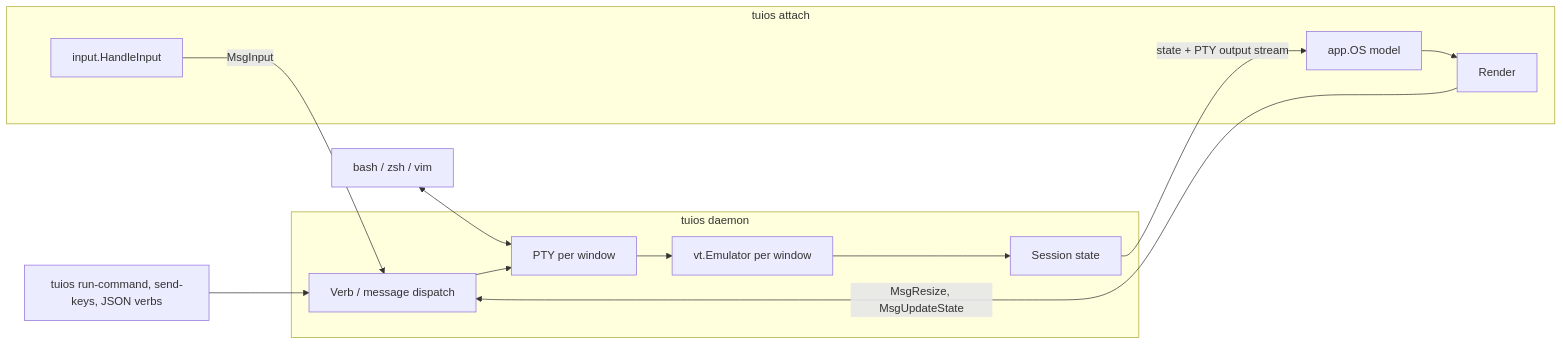
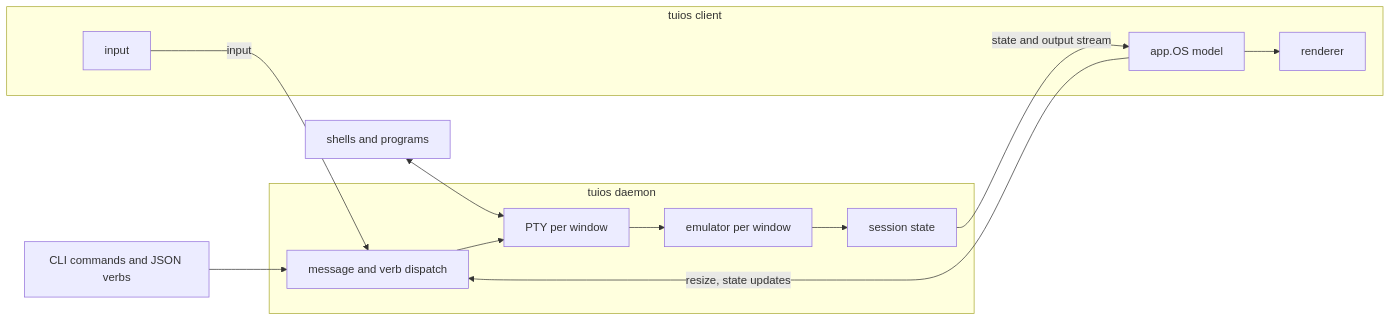
The first of 2 diagrams in content/docs/architecture.mdx (Gaurav-Gosain/tuios-docs), drawn with Mermaid before and after one commit. The commit also changed other lines of this file, not shown here.

First line of the commit message:
docs: update the architecture page

````diff
--- a/content/docs/architecture.mdx
+++ b/content/docs/architecture.mdx
@@ -63,26 +64,26 @@
 ```mermaid
 graph LR
-    subgraph Client["tuios attach"]
-        IN[input.HandleInput]
+    subgraph Client["tuios client"]
+        IN[input]
         MODEL[app.OS model]
-        VIEW[Render]
+        VIEW[renderer]
     end
 
     subgraph Daemon["tuios daemon"]
-        DISP[Verb / message dispatch]
-        STATE[Session state]
-        VT[vt.Emulator per window]
+        DISP[message and verb dispatch]
+        STATE[session state]
+        VT[emulator per window]
         PTY[PTY per window]
     end
 
-    IN -->|MsgInput| DISP
+    IN -->|input| DISP
     DISP --> PTY
     PTY --> VT
     VT --> STATE
-    STATE -->|state + PTY output stream| MODEL
+    STATE -->|state and output stream| MODEL
     MODEL --> VIEW
-    VIEW -->|MsgResize, MsgUpdateState| DISP
+    MODEL -->|resize, state updates| DISP
 
-    SHELL[bash / zsh / vim] <--> PTY
-    CLI[tuios run-command, send-keys, JSON verbs] --> DISP
+    SHELL[shells and programs] <--> PTY
+    CLI[CLI commands and JSON verbs] --> DISP
 ```
````
